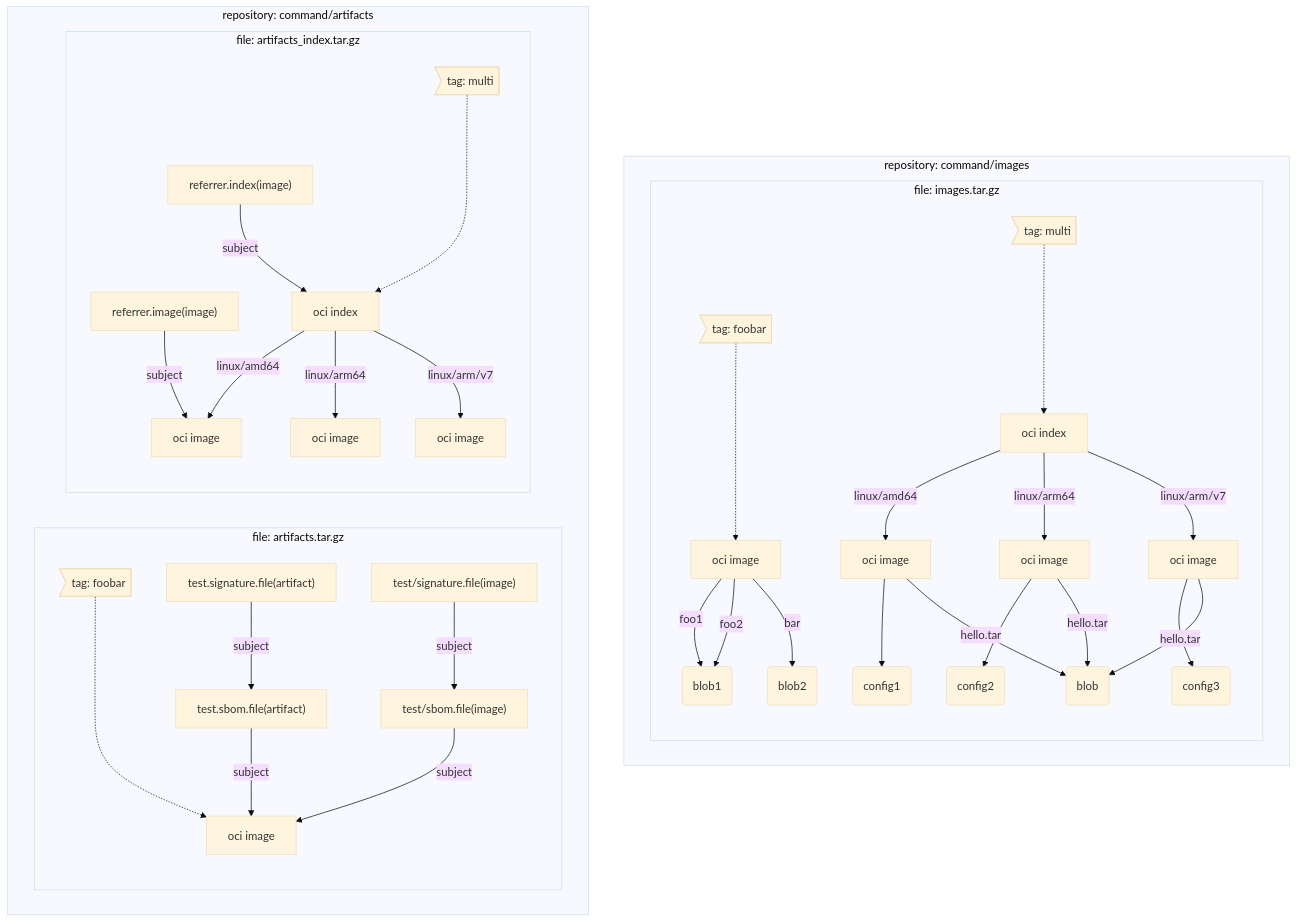
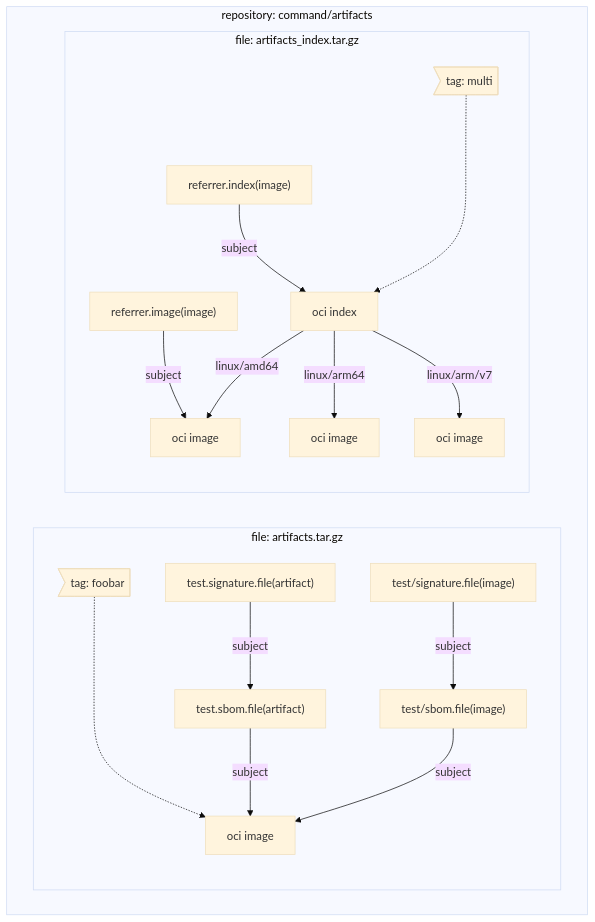
One commit to oras-project/oras changed the second of 5 diagrams in test/e2e/README.md. Above: the diagram before and after it, drawn with Mermaid (base theme). The commit also changed other lines of this file, not shown here.

Commit message:
resolve comment

````diff
--- a/test/e2e/README.md
+++ b/test/e2e/README.md
@@ -84,46 +108,25 @@
 ```mermaid
 graph TD;
-    subgraph "repository: command/images"
-        subgraph "file: images.tar.gz"
-            direction TB
-            A0>tag: multi]-..->A1[oci index]
-            A1--linux/amd64-->A2[oci image]
-            A1--linux/arm64-->A3[oci image]
-            A1--linux/arm/v7-->A4[oci image]
-            A2-->A5(config1)
-            A3-->A6(config2)
-            A4-->A7(config3)
-            A2-- hello.tar -->A8(blob)
-            A3-- hello.tar -->A8(blob)
-            A4-- hello.tar -->A8(blob)
-
-            B0>tag: foobar]-..->B1[oci image]
-            B1-- foo1 -->B2(blob1)
-            B1-- foo2 -->B2(blob1)
-            B1-- bar -->B3(blob2)
-        end
+subgraph "repository: command/artifacts"
+    subgraph "file: artifacts.tar.gz"
+        direction TB
+        C0>tag: foobar]-..->C1[oci image]
+        
+        direction TB
+        E1["test.sbom.file(artifact)"] -- subject --> C1
+        E2["test.signature.file(artifact)"] -- subject --> E1
+        direction TB
+        D1["test/sbom.file(image)"] -- subject --> C1
+        D2["test/signature.file(image)"] -- subject --> D1
     end
-    
-    subgraph "repository: command/artifacts"
-        subgraph "file: artifacts.tar.gz"
-            direction TB
-            C0>tag: foobar]-..->C1[oci image]
-            
-            direction TB
-            E1["test.sbom.file(artifact)"] -- subject --> C1
-            E2["test.signature.file(artifact)"] -- subject --> E1
-            direction TB
-            D1["test/sbom.file(image)"] -- subject --> C1
-            D2["test/signature.file(image)"] -- subject --> D1
-        end
-        subgraph "file: artifacts_index.tar.gz"
-            direction TB
-            F0>tag: multi]-..->F1[oci index]
-            F1--linux/amd64-->F2[oci image]
-            F1--linux/arm64-->F3[oci image]
-            F1--linux/arm/v7-->F4[oci image]
-            G1["referrer.index(image)"] -- subject --> F1
-            G2["referrer.image(image)"] -- subject --> F2
-        end
+    subgraph "file: artifacts_index.tar.gz"
+        direction TB
+        F0>tag: multi]-..->F1[oci index]
+        F1--linux/amd64-->F2[oci image]
+        F1--linux/arm64-->F3[oci image]
+        F1--linux/arm/v7-->F4[oci image]
+        G1["referrer.index(image)"] -- subject --> F1
+        G2["referrer.image(image)"] -- subject --> F2
     end
+end
 ```
````
